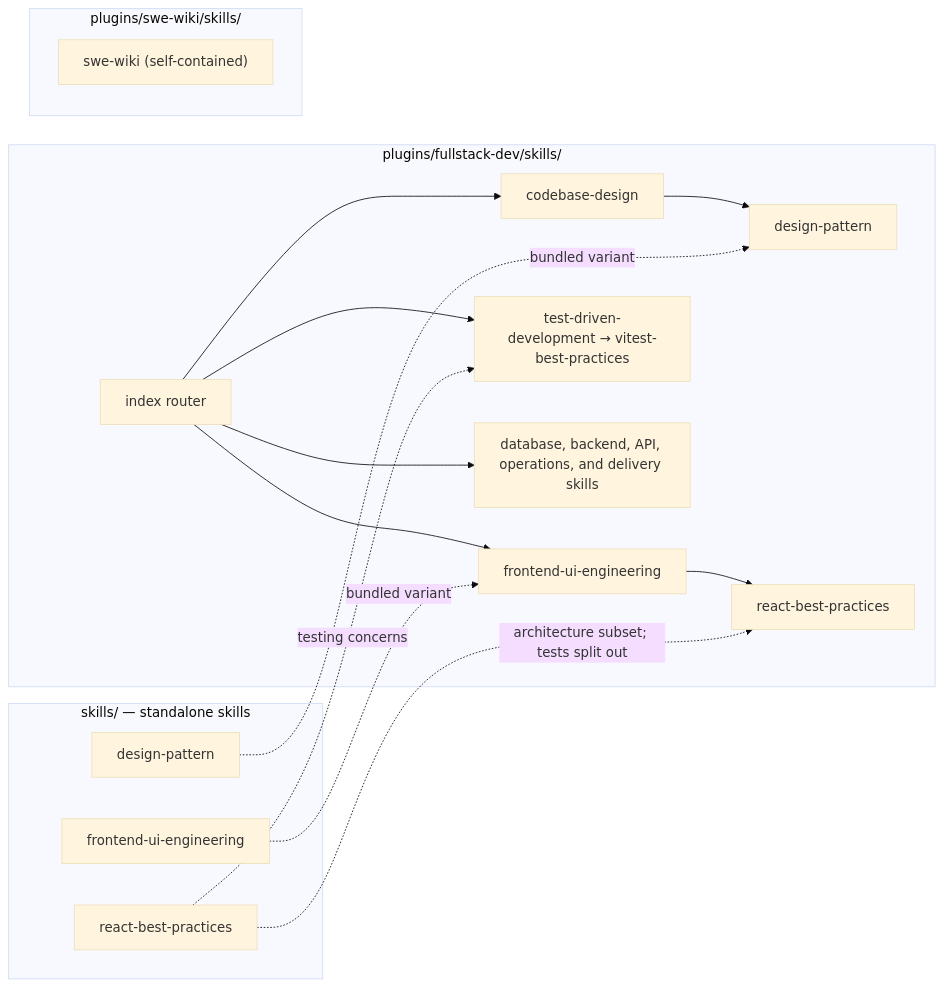
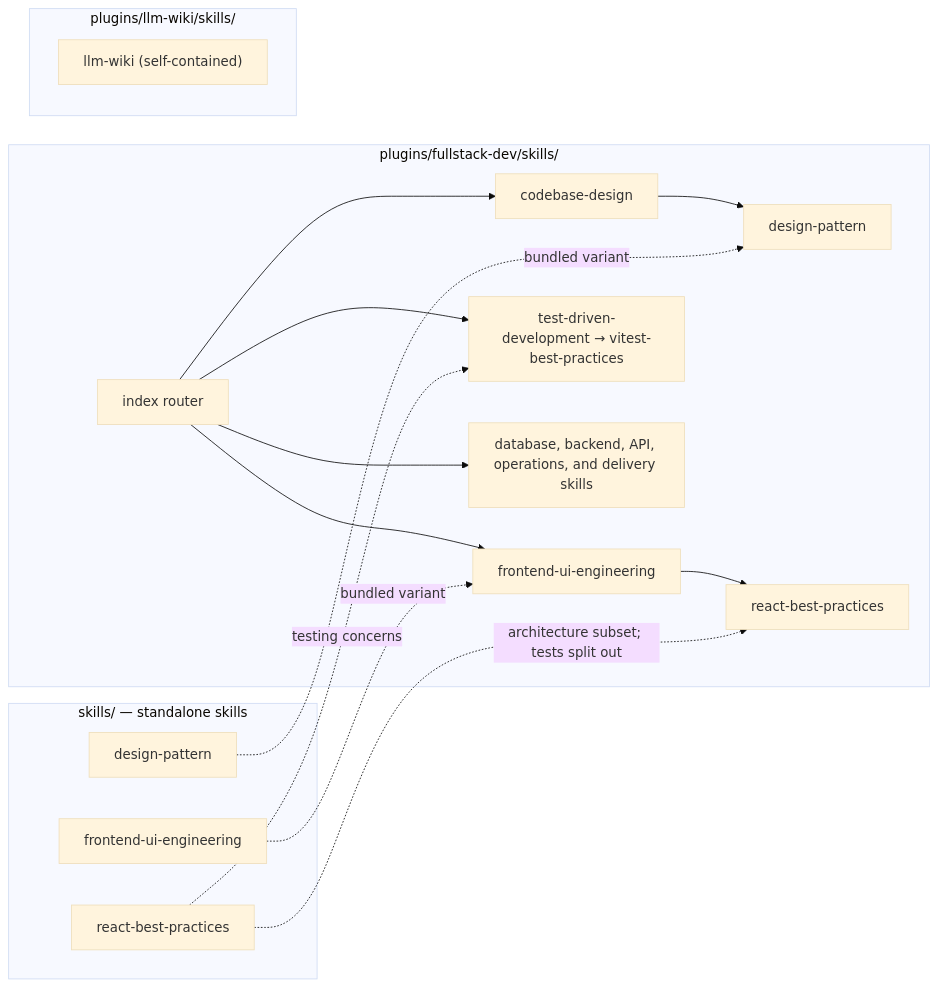
The diagram in AGENTS.md (dtgbao/agent-skills), drawn with Mermaid (base theme) before and after one commit. The commit also changed 186 other files, not shown here.

Commit message:
Replace swe-wiki plugin with llm-wiki plugin and add refine-prompt skill

````diff
--- a/AGENTS.md
+++ b/AGENTS.md
@@ -16,32 +16,32 @@
 ```mermaid
 flowchart LR
     subgraph Standalone["skills/ — standalone skills"]
         SDesign["design-pattern"]
         SUI["frontend-ui-engineering"]
         SReact["react-best-practices"]
     end
 
     subgraph Fullstack["plugins/fullstack-dev/skills/"]
         FIndex["index router"]
         FCodebase["codebase-design"]
         FDesign["design-pattern"]
         FUI["frontend-ui-engineering"]
         FReact["react-best-practices"]
         FTesting["test-driven-development → vitest-best-practices"]
         FOther["database, backend, API, operations, and delivery skills"]
 
         FIndex --> FCodebase --> FDesign
         FIndex --> FUI --> FReact
         FIndex --> FTesting
         FIndex --> FOther
     end
 
-    subgraph Wiki["plugins/swe-wiki/skills/"]
-        SWiki["swe-wiki (self-contained)"]
+    subgraph Wiki["plugins/llm-wiki/skills/"]
+        SWiki["llm-wiki (self-contained)"]
     end
 
     SDesign -. "bundled variant" .-> FDesign
     SUI -. "bundled variant" .-> FUI
     SReact -. "architecture subset; tests split out" .-> FReact
     SReact -. "testing concerns" .-> FTesting
 ```
````
